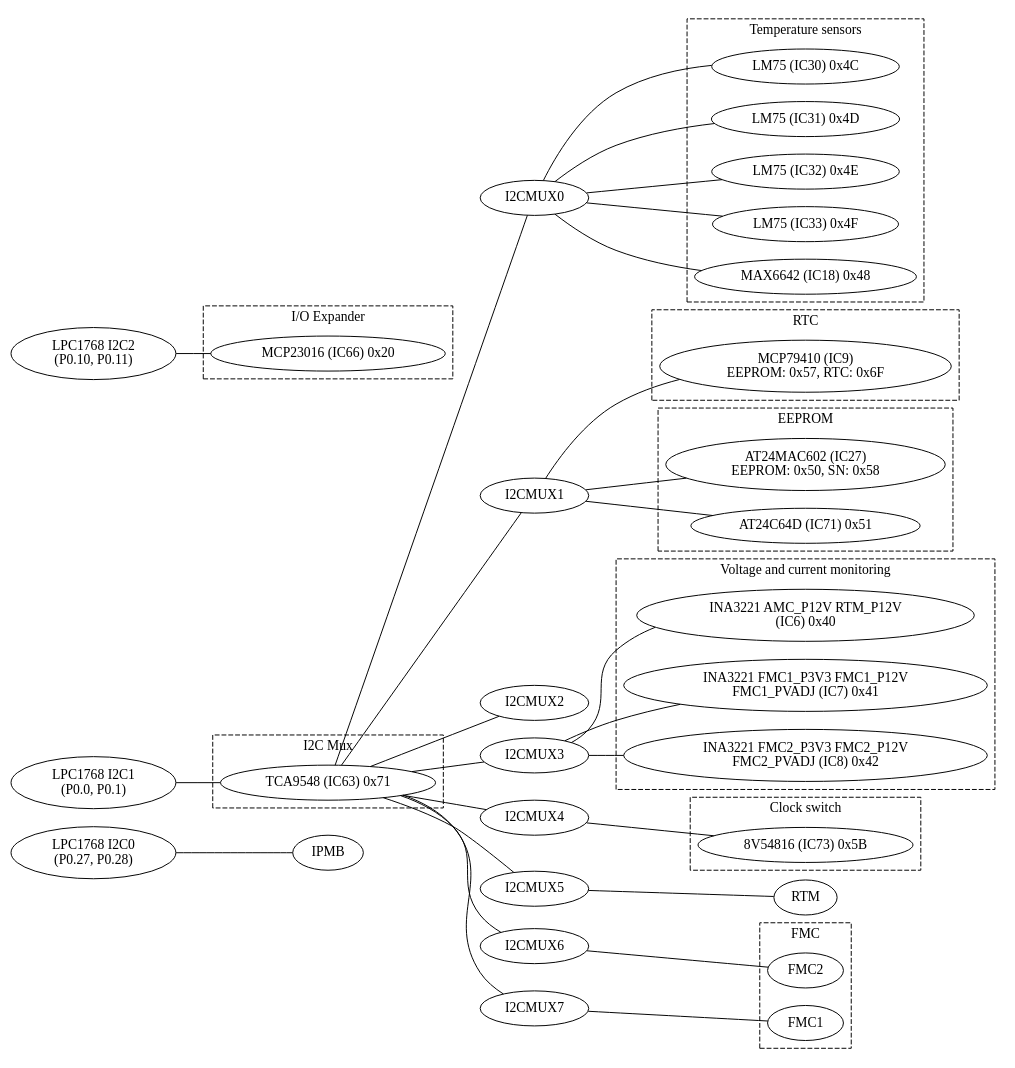
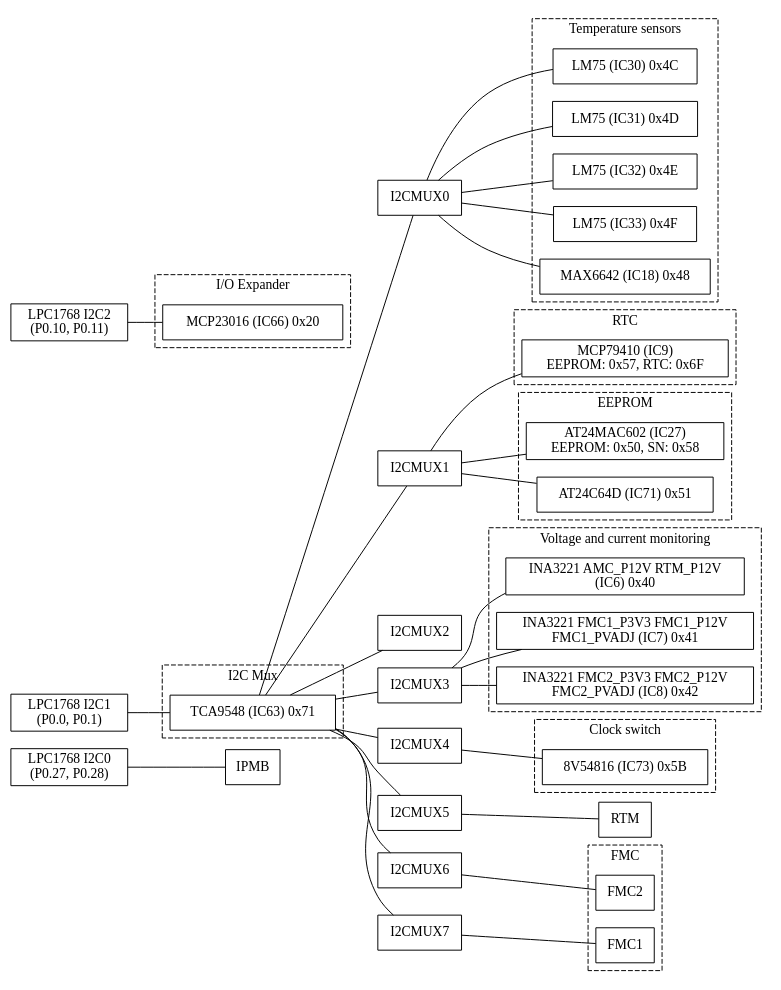
The diagram in docs/afcv4_cpu_i2c_hierarchy.dot (lnls-dig/openMMC), drawn with Graphviz before and after one commit. The commit also changed 2 other files, not shown here.

Commit message:
Use a more compact representation of nodes for dot graphs [docs]
The standard ellipse shaped nodes wastes a lot of space, making the
resulting images unnecessary wide. Set the shape to 'rectangle'
instead.

```diff
--- a/docs/afcv4_cpu_i2c_hierarchy.dot
+++ b/docs/afcv4_cpu_i2c_hierarchy.dot
@@ -1,108 +1,108 @@
 graph afcv4_i2c_hieranchy {
     rankdir=LR
-    LPC1768_I2C0 [label="LPC1768 I2C0\n(P0.27, P0.28)"]
-    LPC1768_I2C1 [label="LPC1768 I2C1\n(P0.0, P0.1)"]
-    LPC1768_I2C2 [label="LPC1768 I2C2\n(P0.10, P0.11)"]
-    I2CMUX0 [label="I2CMUX0"]
-    I2CMUX1 [label="I2CMUX1"]
-    I2CMUX2 [label="I2CMUX2"]
-    I2CMUX3 [label="I2CMUX3"]
-    I2CMUX4 [label="I2CMUX4"]
-    I2CMUX5 [label="I2CMUX5"]
-    I2CMUX6 [label="I2CMUX6"]
-    I2CMUX7 [label="I2CMUX7"]
-    IPMB [label="IPMB"]
+    LPC1768_I2C0 [label="LPC1768 I2C0\n(P0.27, P0.28)", shape=rectangle]
+    LPC1768_I2C1 [label="LPC1768 I2C1\n(P0.0, P0.1)", shape=rectangle]
+    LPC1768_I2C2 [label="LPC1768 I2C2\n(P0.10, P0.11)", shape=rectangle]
+    I2CMUX0 [label="I2CMUX0", shape=rectangle]
+    I2CMUX1 [label="I2CMUX1", shape=rectangle]
+    I2CMUX2 [label="I2CMUX2", shape=rectangle]
+    I2CMUX3 [label="I2CMUX3", shape=rectangle]
+    I2CMUX4 [label="I2CMUX4", shape=rectangle]
+    I2CMUX5 [label="I2CMUX5", shape=rectangle]
+    I2CMUX6 [label="I2CMUX6", shape=rectangle]
+    I2CMUX7 [label="I2CMUX7", shape=rectangle]
+    IPMB [label="IPMB", shape=rectangle]
 
     subgraph cluster_i2c_mux {
         label = "I2C Mux"
         style = dashed
-        IC63 [label="TCA9548 (IC63) 0x71"]
+        IC63 [label="TCA9548 (IC63) 0x71", shape=rectangle]
     }
 
     subgraph cluster_io {
         label = "I/O Expander"
         style = dashed
-        IC66 [label="MCP23016 (IC66) 0x20"]
+        IC66 [label="MCP23016 (IC66) 0x20", shape=rectangle]
     }
 
     subgraph cluster_temp_sensors {
         label = "Temperature sensors"
         style = dashed
-        IC30 [label="LM75 (IC30) 0x4C"]
-        IC31 [label="LM75 (IC31) 0x4D"]
-        IC32 [label="LM75 (IC32) 0x4E"]
-        IC33 [label="LM75 (IC33) 0x4F"]
-        IC18 [label="MAX6642 (IC18) 0x48"]
+        IC30 [label="LM75 (IC30) 0x4C", shape=rectangle]
+        IC31 [label="LM75 (IC31) 0x4D", shape=rectangle]
+        IC32 [label="LM75 (IC32) 0x4E", shape=rectangle]
+        IC33 [label="LM75 (IC33) 0x4F", shape=rectangle]
+        IC18 [label="MAX6642 (IC18) 0x48", shape=rectangle]
     }
 
     subgraph cluster_rtc {
         label = "RTC"
         style = dashed
-        IC9 [label="MCP79410 (IC9)\nEEPROM: 0x57, RTC: 0x6F"]
+        IC9 [label="MCP79410 (IC9)\nEEPROM: 0x57, RTC: 0x6F", shape=rectangle]
     }
 
     subgraph cluster_eeprom {
         label = "EEPROM"
         style = dashed
-        IC27 [label="AT24MAC602 (IC27)\nEEPROM: 0x50, SN: 0x58"]
-        IC71 [label="AT24C64D (IC71) 0x51"]
+        IC27 [label="AT24MAC602 (IC27)\nEEPROM: 0x50, SN: 0x58", shape=rectangle]
+        IC71 [label="AT24C64D (IC71) 0x51", shape=rectangle]
     }
 
     subgraph cluster_vol_cur_monitor {
         label = "Voltage and current monitoring"
         style = dashed
-        IC6 [label="INA3221 AMC_P12V RTM_P12V\n(IC6) 0x40"]
-        IC7 [label="INA3221 FMC1_P3V3 FMC1_P12V\nFMC1_PVADJ (IC7) 0x41"]
-        IC8 [label="INA3221 FMC2_P3V3 FMC2_P12V\nFMC2_PVADJ (IC8) 0x42"]
+        IC6 [label="INA3221 AMC_P12V RTM_P12V\n(IC6) 0x40", shape=rectangle]
+        IC7 [label="INA3221 FMC1_P3V3 FMC1_P12V\nFMC1_PVADJ (IC7) 0x41", shape=rectangle]
+        IC8 [label="INA3221 FMC2_P3V3 FMC2_P12V\nFMC2_PVADJ (IC8) 0x42", shape=rectangle]
     }
 
     subgraph cluster_clk_sw {
         label = "Clock switch"
         style = dashed
-        IC73 [label="8V54816 (IC73) 0x5B"]
+        IC73 [label="8V54816 (IC73) 0x5B", shape=rectangle]
     }
 
-    RTM [label="RTM"]
+    RTM [label="RTM", shape=rectangle]
 
     subgraph cluster_fmc {
         label = "FMC"
         style = dashed
-        FMC2 [label="FMC2"]
-        FMC1 [label="FMC1"]
+        FMC2 [label="FMC2", shape=rectangle]
+        FMC1 [label="FMC1", shape=rectangle]
     }
     LPC1768_I2C0 -- IPMB
 
     LPC1768_I2C1 -- IC63
     IC63 -- I2CMUX0
     IC63 -- I2CMUX1
     IC63 -- I2CMUX2
     IC63 -- I2CMUX3
     IC63 -- I2CMUX4
     IC63 -- I2CMUX5
     IC63 -- I2CMUX6
     IC63 -- I2CMUX7
 
     I2CMUX0 -- IC30
     I2CMUX0 -- IC31
     I2CMUX0 -- IC32
     I2CMUX0 -- IC33
     I2CMUX0 -- IC18
 
     I2CMUX1 -- IC9
     I2CMUX1 -- IC27
     I2CMUX1 -- IC71
 
     I2CMUX3 -- IC6
     I2CMUX3 -- IC7
     I2CMUX3 -- IC8
 
     I2CMUX4 -- IC73
 
     I2CMUX5 -- RTM
 
     I2CMUX6 -- FMC2
 
     I2CMUX7 -- FMC1
 
     LPC1768_I2C2 -- IC66
 }
```
